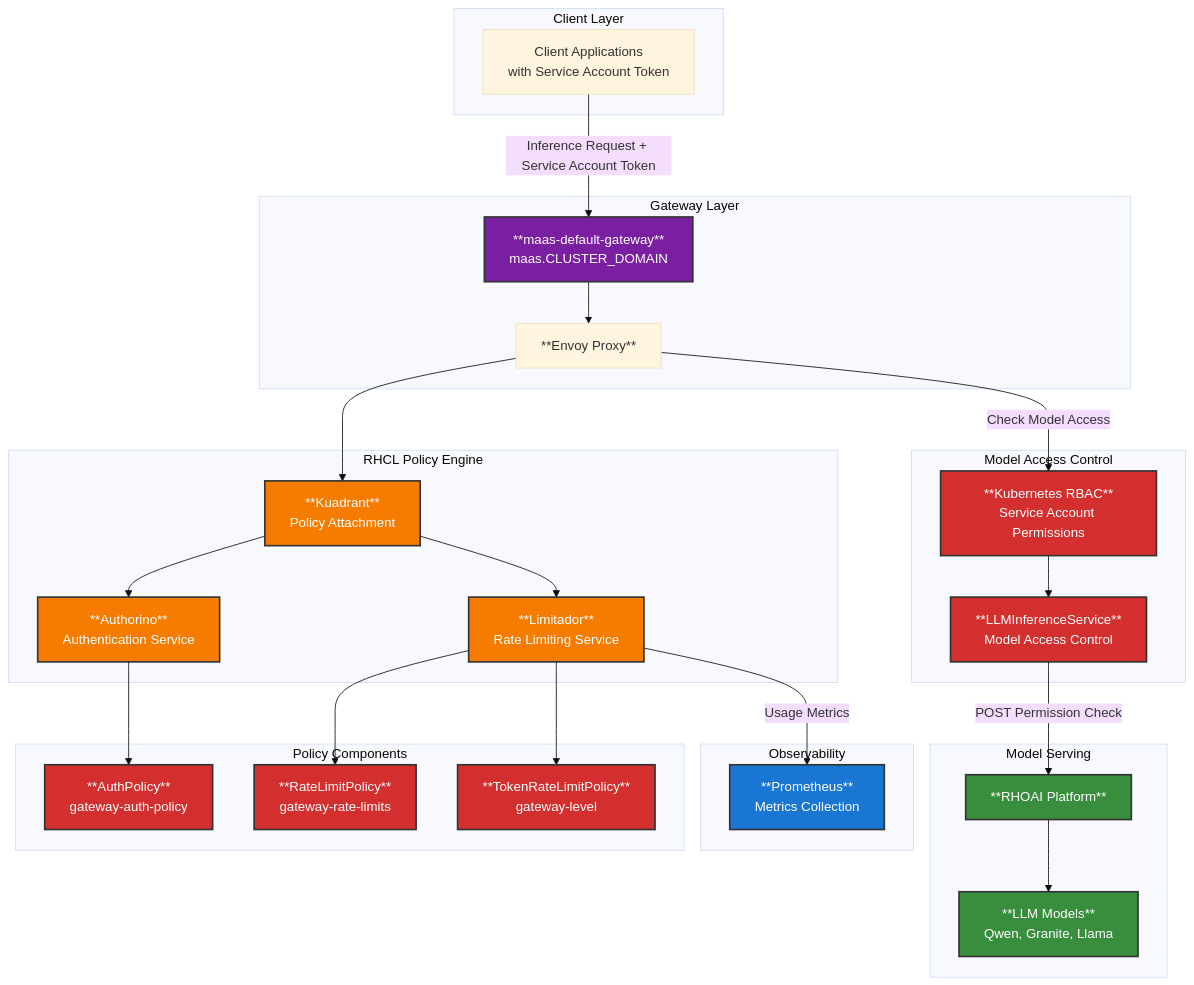
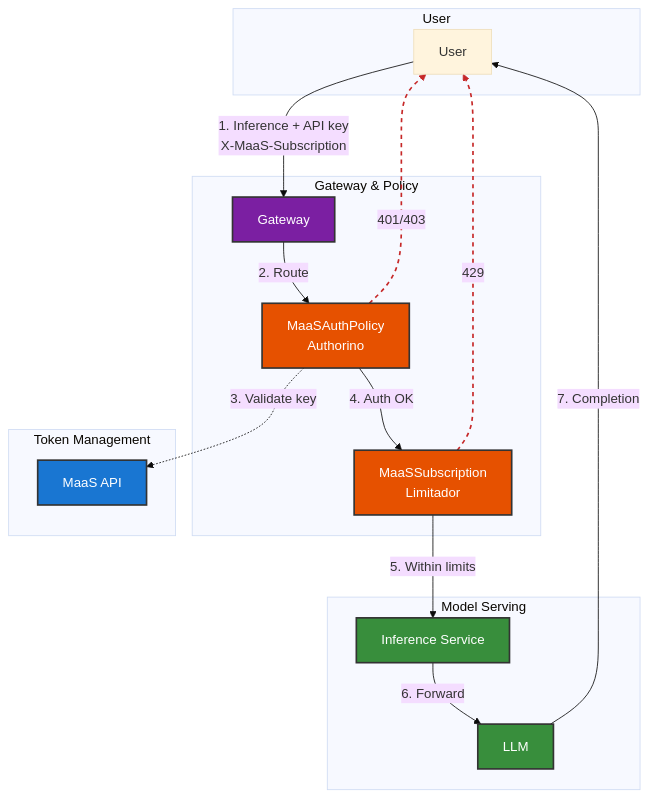
One commit to opendatahub-io/models-as-a-service changed the fourth of 8 diagrams in docs/content/architecture.md. Above: the diagram before and after it, drawn with Mermaid (base theme). The commit also changed other lines of this file and 10 other files, not shown here.

````diff
--- a/docs/content/architecture.md
+++ b/docs/content/architecture.md
@@ -148,68 +164,42 @@
 ```mermaid
 graph TB
-    subgraph "Client Layer"
-        Client[Client Applications<br/>with Service Account Token]
+    subgraph UserLayer["User"]
+        U[User]
     end
     
-    subgraph "Gateway Layer"
-        GatewayAPI[**maas-default-gateway**<br/>maas.CLUSTER_DOMAIN]
-        Envoy[**Envoy Proxy**]
+    subgraph GatewayLayer["Gateway & Policy"]
+        G[Gateway]
+        MAP[MaaSAuthPolicy<br/>Authorino]
+        MS[MaaSSubscription<br/>Limitador]
     end
     
-    subgraph "RHCL Policy Engine"
-        Kuadrant[**Kuadrant**<br/>Policy Attachment]
-        Authorino[**Authorino**<br/>Authentication Service]
-        Limitador[**Limitador**<br/>Rate Limiting Service]
+    subgraph MaaSLayer["Token Management"]
+        API[MaaS API]
     end
     
-    subgraph "Policy Components"
-        AuthPolicy[**AuthPolicy**<br/>gateway-auth-policy]
-        RateLimitPolicy[**RateLimitPolicy**<br/>gateway-rate-limits]
-        TokenRateLimitPolicy[**TokenRateLimitPolicy**<br/>gateway-level]
+    subgraph ModelLayer["Model Serving"]
+        INV[Inference Service]
+        LLM[LLM]
     end
     
-    subgraph "Model Access Control"
-        RBAC[**Kubernetes RBAC**<br/>Service Account Permissions]
-        LLMInferenceService[**LLMInferenceService**<br/>Model Access Control]
-    end
+    U -->|"1. Inference + API key<br/>X-MaaS-Subscription"| G
+    G -->|"2. Route"| MAP
+    MAP -.->|"3. Validate key"| API
+    MAP -->|"4. Auth OK"| MS
+    MS -->|"5. Within limits"| INV
+    INV -->|"6. Forward"| LLM
+    LLM -->|"7. Completion"| U
     
-    subgraph "Model Serving"
-        RHOAI[**RHOAI Platform**]
-        Models[**LLM Models**<br/>Qwen, Granite, Llama]
-    end
+    MAP -.->|"401/403"| U
+    MS -.->|"429"| U
     
-    subgraph "Observability"
-        Prometheus[**Prometheus**<br/>Metrics Collection]
-    end
+    linkStyle 7 stroke:#c62828,stroke-width:2px,stroke-dasharray:5,5
+    linkStyle 8 stroke:#c62828,stroke-width:2px,stroke-dasharray:5,5
     
-    Client -->|Inference Request + Service Account Token| GatewayAPI
-    GatewayAPI --> Envoy
-    
-    Envoy --> Kuadrant
-    Kuadrant --> Authorino
-    Kuadrant --> Limitador
-    
-    Authorino --> AuthPolicy
-    Limitador --> RateLimitPolicy
-    Limitador --> TokenRateLimitPolicy
-    
-    Envoy -->|Check Model Access| RBAC
-    RBAC --> LLMInferenceService
-    LLMInferenceService -->|POST Permission Check| RHOAI
-    RHOAI --> Models
-    
-    Limitador -->|Usage Metrics| Prometheus
-    
-    style GatewayAPI fill:#7b1fa2,stroke:#333,stroke-width:2px,color:#fff
-    style Kuadrant fill:#f57c00,stroke:#333,stroke-width:2px,color:#fff
-    style Authorino fill:#f57c00,stroke:#333,stroke-width:2px,color:#fff
-    style Limitador fill:#f57c00,stroke:#333,stroke-width:2px,color:#fff
-    style AuthPolicy fill:#d32f2f,stroke:#333,stroke-width:2px,color:#fff
-    style RateLimitPolicy fill:#d32f2f,stroke:#333,stroke-width:2px,color:#fff
-    style TokenRateLimitPolicy fill:#d32f2f,stroke:#333,stroke-width:2px,color:#fff
-    style RBAC fill:#d32f2f,stroke:#333,stroke-width:2px,color:#fff
-    style LLMInferenceService fill:#d32f2f,stroke:#333,stroke-width:2px,color:#fff
-    style RHOAI fill:#388e3c,stroke:#333,stroke-width:2px,color:#fff
-    style Models fill:#388e3c,stroke:#333,stroke-width:2px,color:#fff
-    style Prometheus fill:#1976d2,stroke:#333,stroke-width:2px,color:#fff
+    style API fill:#1976d2,stroke:#333,stroke-width:2px,color:#fff
+    style G fill:#7b1fa2,stroke:#333,stroke-width:2px,color:#fff
+    style MAP fill:#e65100,stroke:#333,stroke-width:2px,color:#fff
+    style MS fill:#e65100,stroke:#333,stroke-width:2px,color:#fff
+    style INV fill:#388e3c,stroke:#333,stroke-width:2px,color:#fff
+    style LLM fill:#388e3c,stroke:#333,stroke-width:2px,color:#fff
 ```
````
